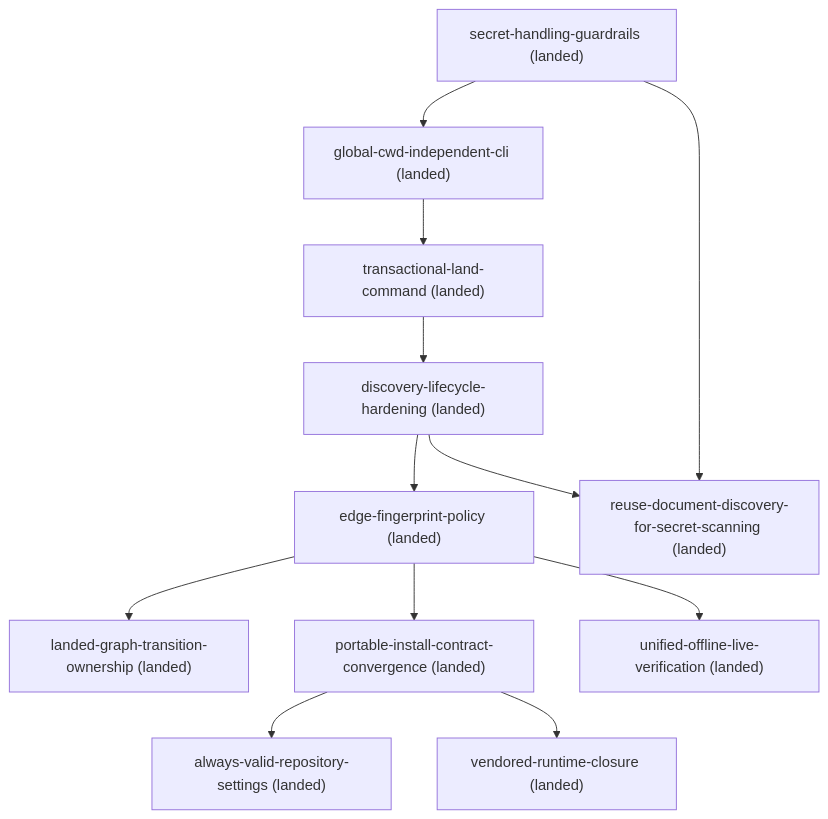
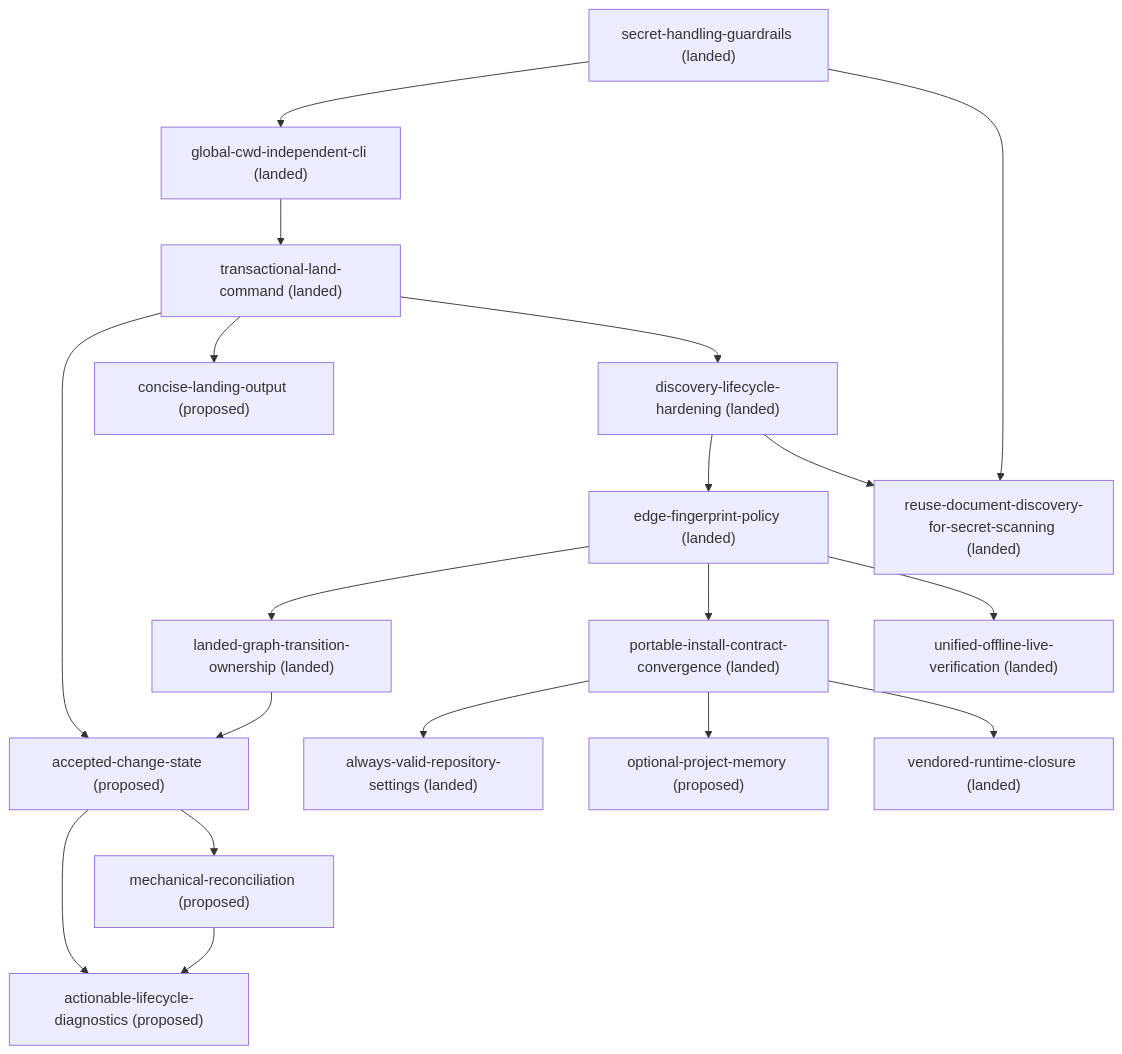
Before and after one commit to kli66/doc-contract: the diagram in docs/roadmap.md, drawn with Mermaid. The commit also changed other lines of this file and 5 other files, not shown here.

Commit message:
docs: propose lifecycle reconciliation improvements

````diff
--- a/docs/roadmap.md
+++ b/docs/roadmap.md
@@ -42,25 +50,37 @@
 ```mermaid
 flowchart TD
+    accepted_change_state["accepted-change-state (proposed)"]
+    actionable_lifecycle_diagnostics["actionable-lifecycle-diagnostics (proposed)"]
     always_valid_repository_settings["always-valid-repository-settings (landed)"]
+    concise_landing_output["concise-landing-output (proposed)"]
     discovery_lifecycle_hardening["discovery-lifecycle-hardening (landed)"]
     edge_fingerprint_policy["edge-fingerprint-policy (landed)"]
     global_cwd_independent_cli["global-cwd-independent-cli (landed)"]
     landed_graph_transition_ownership["landed-graph-transition-ownership (landed)"]
+    mechanical_reconciliation["mechanical-reconciliation (proposed)"]
+    optional_project_memory["optional-project-memory (proposed)"]
     portable_install_contract_convergence["portable-install-contract-convergence (landed)"]
     reuse_document_discovery_for_secret_scanning["reuse-document-discovery-for-secret-scanning (landed)"]
     secret_handling_guardrails["secret-handling-guardrails (landed)"]
     transactional_land_command["transactional-land-command (landed)"]
     unified_offline_live_verification["unified-offline-live-verification (landed)"]
     vendored_runtime_closure["vendored-runtime-closure (landed)"]
+    accepted_change_state --> actionable_lifecycle_diagnostics
+    accepted_change_state --> mechanical_reconciliation
     discovery_lifecycle_hardening --> edge_fingerprint_policy
     discovery_lifecycle_hardening --> reuse_document_discovery_for_secret_scanning
     edge_fingerprint_policy --> landed_graph_transition_ownership
     edge_fingerprint_policy --> portable_install_contract_convergence
     edge_fingerprint_policy --> unified_offline_live_verification
     global_cwd_independent_cli --> transactional_land_command
+    landed_graph_transition_ownership --> accepted_change_state
+    mechanical_reconciliation --> actionable_lifecycle_diagnostics
     portable_install_contract_convergence --> always_valid_repository_settings
+    portable_install_contract_convergence --> optional_project_memory
     portable_install_contract_convergence --> vendored_runtime_closure
     secret_handling_guardrails --> global_cwd_independent_cli
     secret_handling_guardrails --> reuse_document_discovery_for_secret_scanning
+    transactional_land_command --> accepted_change_state
+    transactional_land_command --> concise_landing_output
     transactional_land_command --> discovery_lifecycle_hardening
 ```
````
